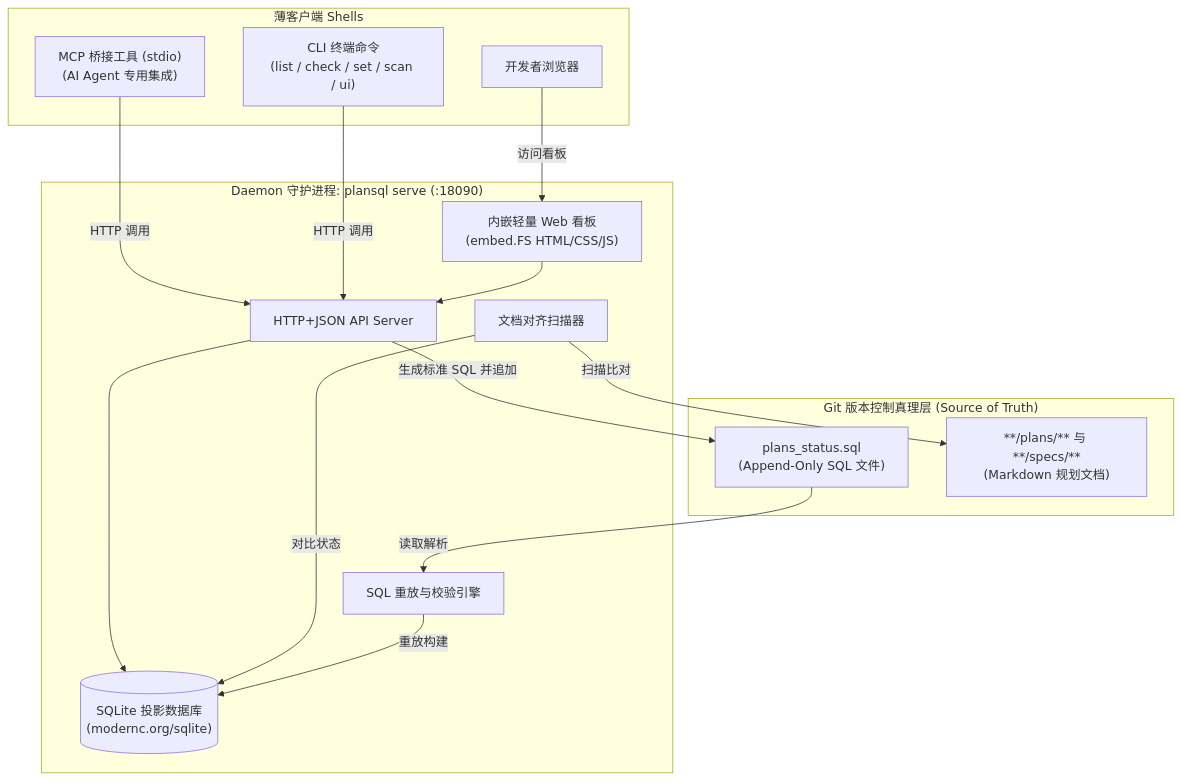
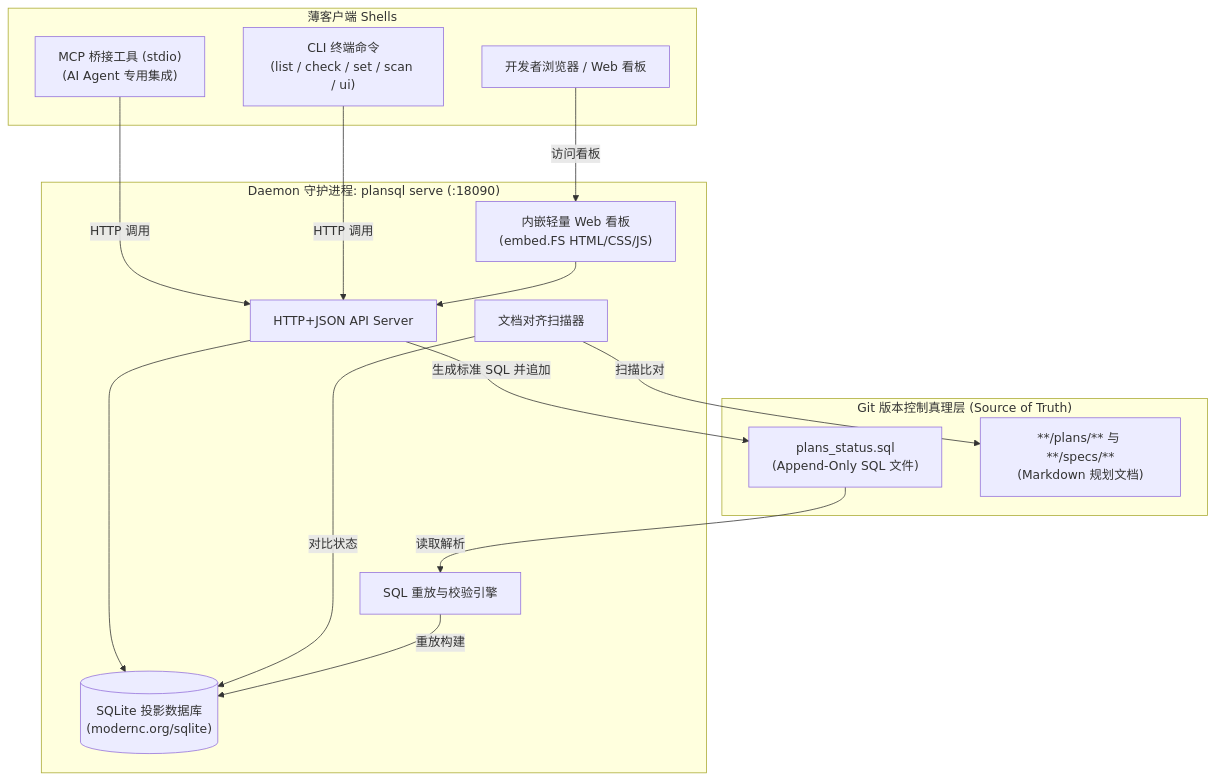
One commit to shihao-hub/td-language_projects changed the diagram in docs/plans/28-plansql-tracker.md. Above: the diagram before and after it, drawn with Mermaid. The commit also changed other lines of this file, not shown here.

````diff
--- a/docs/plans/28-plansql-tracker.md
+++ b/docs/plans/28-plansql-tracker.md
@@ -41,34 +41,34 @@
 ```mermaid
 flowchart TB
     subgraph GitStorage ["Git 版本控制真理层 (Source of Truth)"]
         SQLFile["plans_status.sql<br/>(Append-Only SQL 文件)"]
         Docs["**/plans/** 与 **/specs/**<br/>(Markdown 规划文档)"]
     end
 
     subgraph DaemonProcess ["Daemon 守护进程: plansql serve (:18090)"]
         APIServer["HTTP+JSON API Server"]
         WebUI["内嵌轻量 Web 看板<br/>(embed.FS HTML/CSS/JS)"]
         ReplayEngine["SQL 重放与校验引擎"]
         SQLiteMem[("SQLite 投影数据库<br/>(modernc.org/sqlite)")]
         Reconciler["文档对齐扫描器"]
         
         ReplayEngine -->|重放构建| SQLiteMem
         Reconciler -->|扫描比对| Docs
         Reconciler -->|对比状态| SQLiteMem
         APIServer --> SQLiteMem
         WebUI --> APIServer
     end
 
     subgraph ThinClients ["薄客户端 Shells"]
         CLI["CLI 终端命令<br/>(list / check / set / scan / ui)"]
         MCP["MCP 桥接工具 (stdio)<br/>(AI Agent 专用集成)"]
-        HumanWeb["开发者浏览器"]
+        HumanWeb["开发者浏览器 / Web 看板"]
     end
 
     CLI -->|HTTP 调用| APIServer
     MCP -->|HTTP 调用| APIServer
     HumanWeb -->|访问看板| WebUI
 
     APIServer -->|生成标准 SQL 并追加| SQLFile
     SQLFile -->|读取解析| ReplayEngine
 ```
````
